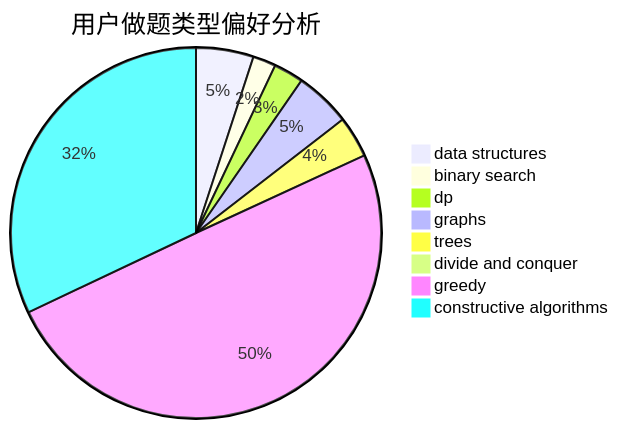
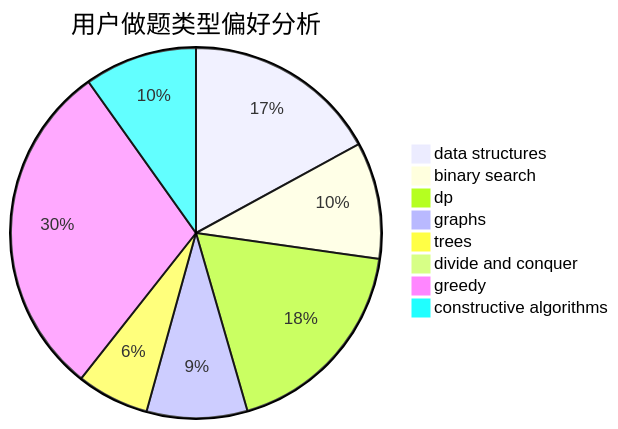
Before and after one commit to sherpahu/cfrs.github.io: the second of 3 diagrams in docs/user/u101.md, drawn with Mermaid. The commit also changed other lines of this file and 2770 other files, not shown here.

````diff
--- a/docs/user/u101.md
+++ b/docs/user/u101.md
@@ -23,11 +23,11 @@
 ```mermaid
 pie title 用户做题类型偏好分析
-    "data structures" :  75
-    "binary search" :  30
-    "dp" :  39
-    "graphs" :  73
-    "trees" :  54
-    "divide and conquer" :  1
-    "greedy" :  745
-    "constructive algorithms" :  479
+    "data structures" :  97
+    "binary search" :  58
+    "dp" :  104
+    "graphs" :  50
+    "trees" :  36
+    "divide and conquer" :  0
+    "greedy" :  168
+    "constructive algorithms" :  56
 ```
````
